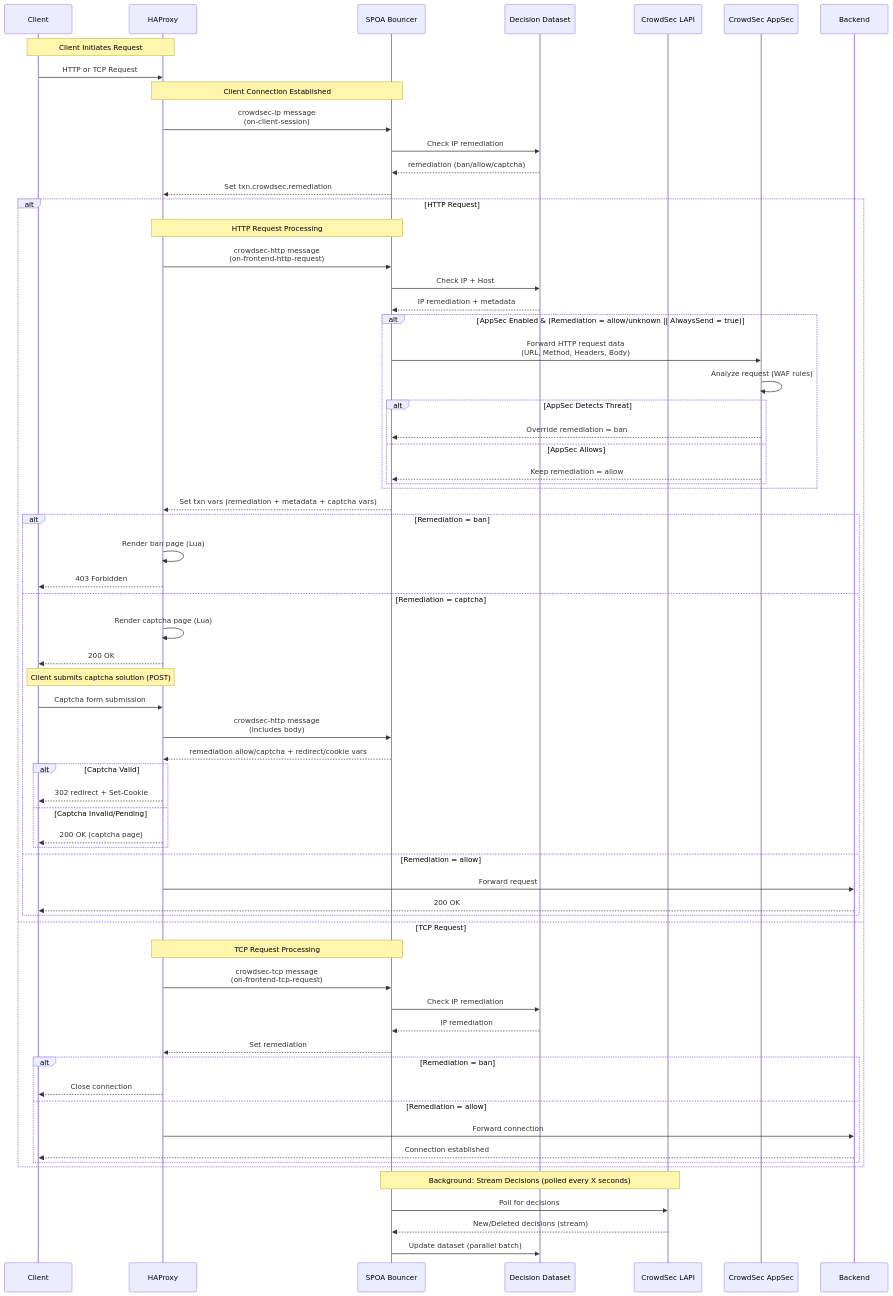
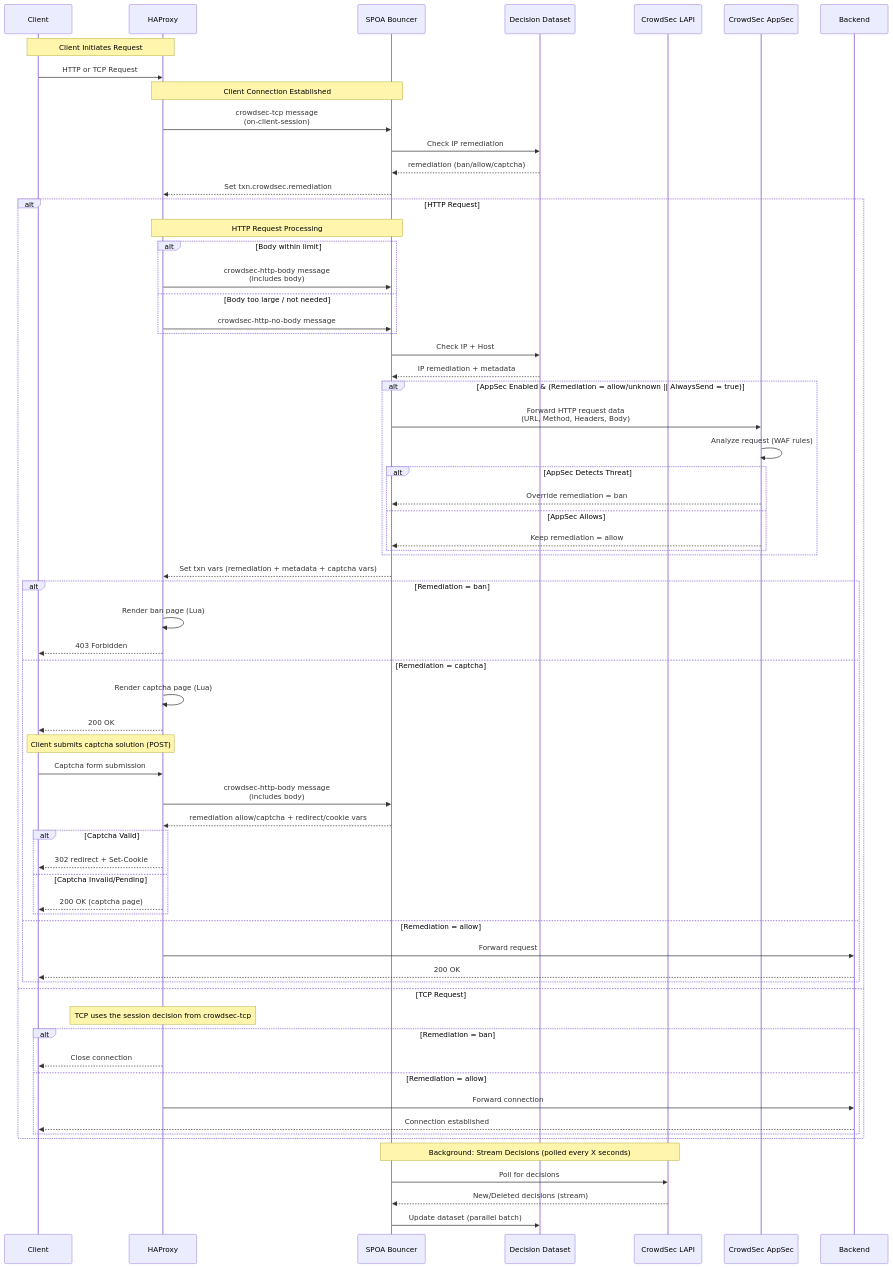
Before and after one commit to crowdsecurity/cs-haproxy-spoa-bouncer: the seventh of 7 diagrams in README.md, drawn with Mermaid. The commit also changed other lines of this file, not shown here.

Commit message:
docs: update SPOE message names

````diff
--- a/README.md
+++ b/README.md
@@ -197,78 +201,77 @@
 ```mermaid
 sequenceDiagram
     participant Client
     participant HAProxy
     participant SPOA as SPOA Bouncer
     participant Dataset as Decision Dataset
     participant CrowdSec as CrowdSec LAPI
     participant AppSec as CrowdSec AppSec
     participant Backend
 
     Note over Client,HAProxy: Client Initiates Request
     Client->>HAProxy: HTTP or TCP Request
     
     Note over HAProxy,SPOA: Client Connection Established
-    HAProxy->>SPOA: crowdsec-ip message<br/>(on-client-session)
+    HAProxy->>SPOA: crowdsec-tcp message<br/>(on-client-session)
     SPOA->>Dataset: Check IP remediation
     Dataset-->>SPOA: remediation (ban/allow/captcha)
     SPOA-->>HAProxy: Set txn.crowdsec.remediation
     
     alt HTTP Request
         Note over HAProxy,SPOA: HTTP Request Processing
-        HAProxy->>SPOA: crowdsec-http message<br/>(on-frontend-http-request)
+        alt Body within limit
+            HAProxy->>SPOA: crowdsec-http-body message<br/>(includes body)
+        else Body too large / not needed
+            HAProxy->>SPOA: crowdsec-http-no-body message
+        end
         SPOA->>Dataset: Check IP + Host
         Dataset-->>SPOA: IP remediation + metadata
         
         alt AppSec Enabled & (Remediation = allow/unknown || AlwaysSend = true)
             SPOA->>AppSec: Forward HTTP request data<br/>(URL, Method, Headers, Body)
             AppSec->>AppSec: Analyze request (WAF rules)
             alt AppSec Detects Threat
                 AppSec-->>SPOA: Override remediation = ban
             else AppSec Allows
                 AppSec-->>SPOA: Keep remediation = allow
             end
         end
         
         SPOA-->>HAProxy: Set txn vars (remediation + metadata + captcha vars)
         
         alt Remediation = ban
             HAProxy->>HAProxy: Render ban page (Lua)
             HAProxy-->>Client: 403 Forbidden
         else Remediation = captcha
             HAProxy->>HAProxy: Render captcha page (Lua)
             HAProxy-->>Client: 200 OK
 
             Note over Client,HAProxy: Client submits captcha solution (POST)
             Client->>HAProxy: Captcha form submission
-            HAProxy->>SPOA: crowdsec-http message<br/>(includes body)
+            HAProxy->>SPOA: crowdsec-http-body message<br/>(includes body)
             SPOA-->>HAProxy: remediation allow/captcha + redirect/cookie vars
 
             alt Captcha Valid
                 HAProxy-->>Client: 302 redirect + Set-Cookie
             else Captcha Invalid/Pending
                 HAProxy-->>Client: 200 OK (captcha page)
             end
         else Remediation = allow
             HAProxy->>Backend: Forward request
             Backend-->>Client: 200 OK
         end
     else TCP Request
-        Note over HAProxy,SPOA: TCP Request Processing
-        HAProxy->>SPOA: crowdsec-tcp message<br/>(on-frontend-tcp-request)
-        SPOA->>Dataset: Check IP remediation
-        Dataset-->>SPOA: IP remediation
-        SPOA-->>HAProxy: Set remediation
-        
+        Note over HAProxy: TCP uses the session decision from crowdsec-tcp
         alt Remediation = ban
             HAProxy-->>Client: Close connection
         else Remediation = allow
             HAProxy->>Backend: Forward connection
             Backend-->>Client: Connection established
         end
     end
     
     Note over SPOA,CrowdSec: Background: Stream Decisions (polled every X seconds)
     SPOA->>CrowdSec: Poll for decisions
     CrowdSec-->>SPOA: New/Deleted decisions (stream)
     SPOA->>Dataset: Update dataset (parallel batch)
 ```
````
